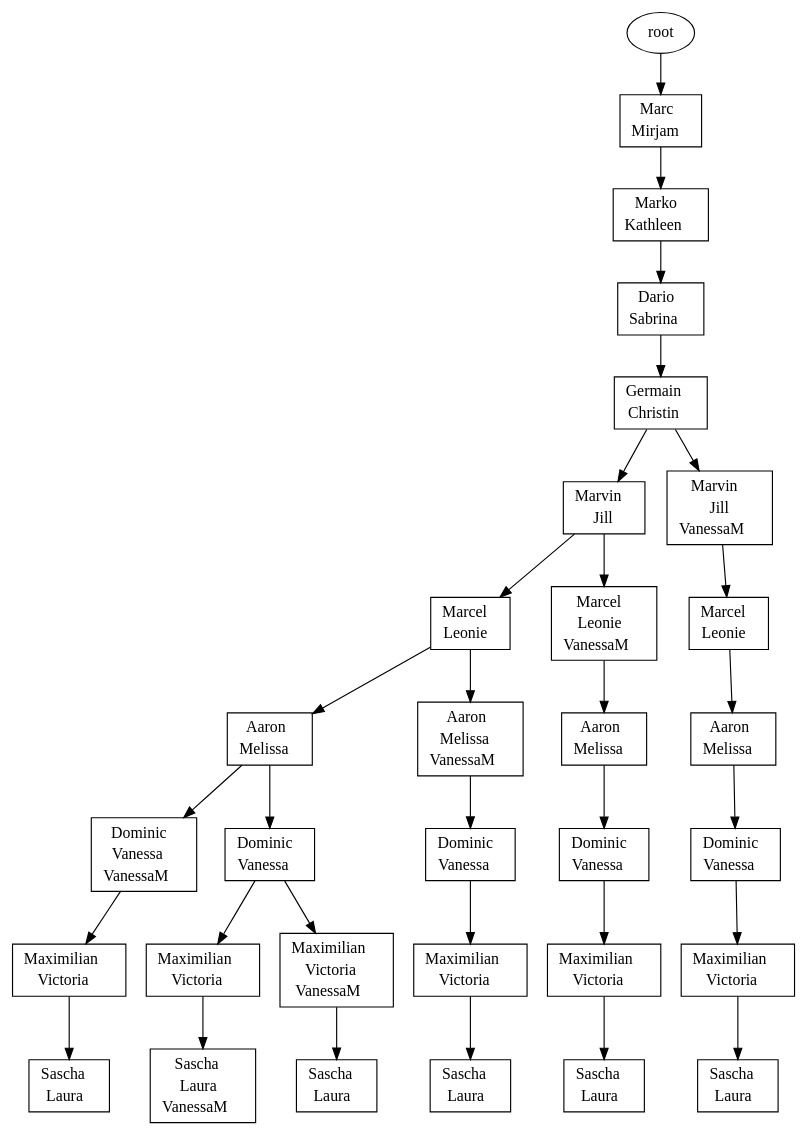
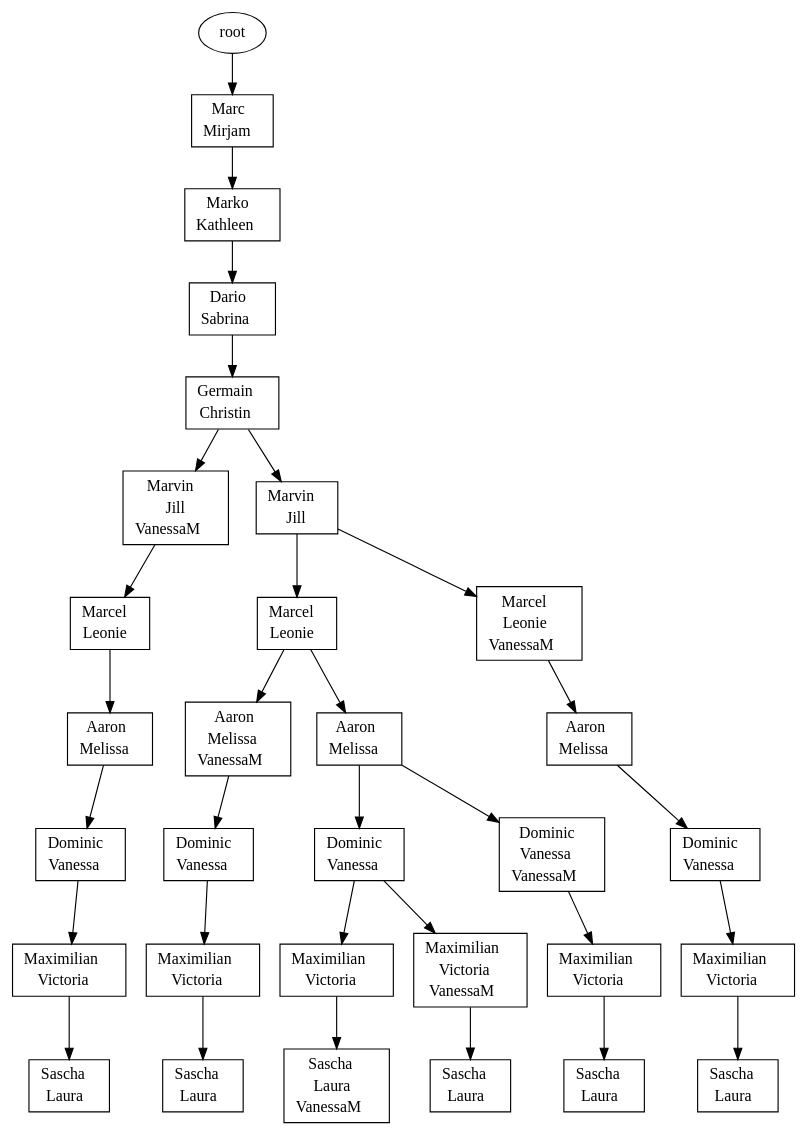
Before and after one commit to atticus-sullivan/sim-ayto: the diagram in s02/s02.dot, drawn with Graphviz. The commit also changed other lines of this file and 13 other files, not shown here.

```diff
--- a/s02/s02.dot
+++ b/s02/s02.dot
@@ -1,62 +1,62 @@
 digraph D {
-{"root|5|7|7|3|2|8|4|1|8|2|6|5|1|6|3|9,11"[shape="record" label=<<table border="0" cellborder="0" cellspacing="0"><tr><td>Dominic</td></tr><tr><td>Vanessa</td></tr><tr><td>VanessaM</td></tr></table>>]}
-"root|5|7|7|3|2|8|4|1|8|2|6|5|1|6" -> {"root|5|7|7|3|2|8|4|1|8|2|6|5|1|6|3|9,11"}
-{"root|5|7|7|3|2|8|4|1|8|2|6|5"[shape="record" label=<<table border="0" cellborder="0" cellspacing="0"><tr><td>Marcel</td></tr><tr><td>Leonie</td></tr></table>>]}
-"root|5|7|7|3|2|8|4|1|8|2" -> {"root|5|7|7|3|2|8|4|1|8|2|6|5"}
-{"root|5|7|7|3|2|8|4|1"[shape="record" label=<<table border="0" cellborder="0" cellspacing="0"><tr><td>Germain</td></tr><tr><td>Christin</td></tr></table>>]}
-"root|5|7|7|3|2|8" -> {"root|5|7|7|3|2|8|4|1"}
+{"root|5|7|7|3|2|8"[shape="record" label=<<table border="0" cellborder="0" cellspacing="0"><tr><td>Dario</td></tr><tr><td>Sabrina</td></tr></table>>]}
+"root|5|7|7|3" -> {"root|5|7|7|3|2|8"}
+{"root|5|7|7|3|2|8|4|1|8|2|6|5|1|6,11"[shape="record" label=<<table border="0" cellborder="0" cellspacing="0"><tr><td>Aaron</td></tr><tr><td>Melissa</td></tr><tr><td>VanessaM</td></tr></table>>]}
+"root|5|7|7|3|2|8|4|1|8|2|6|5" -> {"root|5|7|7|3|2|8|4|1|8|2|6|5|1|6,11"}
+{"root|5|7|7|3|2|8|4|1|8|2,11"[shape="record" label=<<table border="0" cellborder="0" cellspacing="0"><tr><td>Marvin</td></tr><tr><td>Jill</td></tr><tr><td>VanessaM</td></tr></table>>]}
+"root|5|7|7|3|2|8|4|1" -> {"root|5|7|7|3|2|8|4|1|8|2,11"}
+{"root|5|7|7|3"[shape="record" label=<<table border="0" cellborder="0" cellspacing="0"><tr><td>Marko</td></tr><tr><td>Kathleen</td></tr></table>>]}
+"root|5|7" -> {"root|5|7|7|3"}
+{"root|5|7|7|3|2|8|4|1|8|2|6|5,11|1|6|3|9"[shape="record" label=<<table border="0" cellborder="0" cellspacing="0"><tr><td>Dominic</td></tr><tr><td>Vanessa</td></tr></table>>]}
+"root|5|7|7|3|2|8|4|1|8|2|6|5,11|1|6" -> {"root|5|7|7|3|2|8|4|1|8|2|6|5,11|1|6|3|9"}
+{"root|5|7|7|3|2|8|4|1|8|2,11|6|5|1|6|3|9"[shape="record" label=<<table border="0" cellborder="0" cellspacing="0"><tr><td>Dominic</td></tr><tr><td>Vanessa</td></tr></table>>]}
+"root|5|7|7|3|2|8|4|1|8|2,11|6|5|1|6" -> {"root|5|7|7|3|2|8|4|1|8|2,11|6|5|1|6|3|9"}
 {"root|5|7|7|3|2|8|4|1|8|2|6|5|1|6|3|9|9|10|10|4,11"[shape="record" label=<<table border="0" cellborder="0" cellspacing="0"><tr><td>Sascha</td></tr><tr><td>Laura</td></tr><tr><td>VanessaM</td></tr></table>>]}
 "root|5|7|7|3|2|8|4|1|8|2|6|5|1|6|3|9|9|10" -> {"root|5|7|7|3|2|8|4|1|8|2|6|5|1|6|3|9|9|10|10|4,11"}
-{"root|5|7|7|3|2|8|4|1|8|2|6|5|1|6|3|9|9|10"[shape="record" label=<<table border="0" cellborder="0" cellspacing="0"><tr><td>Maximilian</td></tr><tr><td>Victoria</td></tr></table>>]}
-"root|5|7|7|3|2|8|4|1|8|2|6|5|1|6|3|9" -> {"root|5|7|7|3|2|8|4|1|8|2|6|5|1|6|3|9|9|10"}
+{"root|5|7"[shape="record" label=<<table border="0" cellborder="0" cellspacing="0"><tr><td>Marc</td></tr><tr><td>Mirjam</td></tr></table>>]}
+"root" -> {"root|5|7"}
+{"root|5|7|7|3|2|8|4|1|8|2,11|6|5|1|6|3|9|9|10|10|4"[shape="record" label=<<table border="0" cellborder="0" cellspacing="0"><tr><td>Sascha</td></tr><tr><td>Laura</td></tr></table>>]}
+"root|5|7|7|3|2|8|4|1|8|2,11|6|5|1|6|3|9|9|10" -> {"root|5|7|7|3|2|8|4|1|8|2,11|6|5|1|6|3|9|9|10|10|4"}
+{"root|5|7|7|3|2|8|4|1|8|2,11|6|5"[shape="record" label=<<table border="0" cellborder="0" cellspacing="0"><tr><td>Marcel</td></tr><tr><td>Leonie</td></tr></table>>]}
+"root|5|7|7|3|2|8|4|1|8|2,11" -> {"root|5|7|7|3|2|8|4|1|8|2,11|6|5"}
+{"root|5|7|7|3|2|8|4|1|8|2|6|5|1|6|3|9|9|10,11|10|4"[shape="record" label=<<table border="0" cellborder="0" cellspacing="0"><tr><td>Sascha</td></tr><tr><td>Laura</td></tr></table>>]}
+"root|5|7|7|3|2|8|4|1|8|2|6|5|1|6|3|9|9|10,11" -> {"root|5|7|7|3|2|8|4|1|8|2|6|5|1|6|3|9|9|10,11|10|4"}
 {"root|5|7|7|3|2|8|4|1|8|2"[shape="record" label=<<table border="0" cellborder="0" cellspacing="0"><tr><td>Marvin</td></tr><tr><td>Jill</td></tr></table>>]}
 "root|5|7|7|3|2|8|4|1" -> {"root|5|7|7|3|2|8|4|1|8|2"}
 {"root|5|7|7|3|2|8|4|1|8|2|6|5,11"[shape="record" label=<<table border="0" cellborder="0" cellspacing="0"><tr><td>Marcel</td></tr><tr><td>Leonie</td></tr><tr><td>VanessaM</td></tr></table>>]}
 "root|5|7|7|3|2|8|4|1|8|2" -> {"root|5|7|7|3|2|8|4|1|8|2|6|5,11"}
+{"root|5|7|7|3|2|8|4|1"[shape="record" label=<<table border="0" cellborder="0" cellspacing="0"><tr><td>Germain</td></tr><tr><td>Christin</td></tr></table>>]}
+"root|5|7|7|3|2|8" -> {"root|5|7|7|3|2|8|4|1"}
+{"root|5|7|7|3|2|8|4|1|8|2|6|5|1|6|3|9|9|10,11"[shape="record" label=<<table border="0" cellborder="0" cellspacing="0"><tr><td>Maximilian</td></tr><tr><td>Victoria</td></tr><tr><td>VanessaM</td></tr></table>>]}
+"root|5|7|7|3|2|8|4|1|8|2|6|5|1|6|3|9" -> {"root|5|7|7|3|2|8|4|1|8|2|6|5|1|6|3|9|9|10,11"}
+{"root|5|7|7|3|2|8|4|1|8|2|6|5|1|6,11|3|9|9|10"[shape="record" label=<<table border="0" cellborder="0" cellspacing="0"><tr><td>Maximilian</td></tr><tr><td>Victoria</td></tr></table>>]}
+"root|5|7|7|3|2|8|4|1|8|2|6|5|1|6,11|3|9" -> {"root|5|7|7|3|2|8|4|1|8|2|6|5|1|6,11|3|9|9|10"}
+{"root|5|7|7|3|2|8|4|1|8|2|6|5|1|6|3|9,11|9|10"[shape="record" label=<<table border="0" cellborder="0" cellspacing="0"><tr><td>Maximilian</td></tr><tr><td>Victoria</td></tr></table>>]}
+"root|5|7|7|3|2|8|4|1|8|2|6|5|1|6|3|9,11" -> {"root|5|7|7|3|2|8|4|1|8|2|6|5|1|6|3|9,11|9|10"}
+{"root|5|7|7|3|2|8|4|1|8|2|6|5|1|6|3|9"[shape="record" label=<<table border="0" cellborder="0" cellspacing="0"><tr><td>Dominic</td></tr><tr><td>Vanessa</td></tr></table>>]}
+"root|5|7|7|3|2|8|4|1|8|2|6|5|1|6" -> {"root|5|7|7|3|2|8|4|1|8|2|6|5|1|6|3|9"}
+{"root|5|7|7|3|2|8|4|1|8|2|6|5|1|6,11|3|9"[shape="record" label=<<table border="0" cellborder="0" cellspacing="0"><tr><td>Dominic</td></tr><tr><td>Vanessa</td></tr></table>>]}
+"root|5|7|7|3|2|8|4|1|8|2|6|5|1|6,11" -> {"root|5|7|7|3|2|8|4|1|8|2|6|5|1|6,11|3|9"}
+{"root|5|7|7|3|2|8|4|1|8|2|6|5|1|6|3|9|9|10"[shape="record" label=<<table border="0" cellborder="0" cellspacing="0"><tr><td>Maximilian</td></tr><tr><td>Victoria</td></tr></table>>]}
+"root|5|7|7|3|2|8|4|1|8|2|6|5|1|6|3|9" -> {"root|5|7|7|3|2|8|4|1|8|2|6|5|1|6|3|9|9|10"}
+{"root|5|7|7|3|2|8|4|1|8|2,11|6|5|1|6|3|9|9|10"[shape="record" label=<<table border="0" cellborder="0" cellspacing="0"><tr><td>Maximilian</td></tr><tr><td>Victoria</td></tr></table>>]}
+"root|5|7|7|3|2|8|4|1|8|2,11|6|5|1|6|3|9" -> {"root|5|7|7|3|2|8|4|1|8|2,11|6|5|1|6|3|9|9|10"}
+{"root|5|7|7|3|2|8|4|1|8|2,11|6|5|1|6"[shape="record" label=<<table border="0" cellborder="0" cellspacing="0"><tr><td>Aaron</td></tr><tr><td>Melissa</td></tr></table>>]}
+"root|5|7|7|3|2|8|4|1|8|2,11|6|5" -> {"root|5|7|7|3|2|8|4|1|8|2,11|6|5|1|6"}
 {"root|5|7|7|3|2|8|4|1|8|2|6|5|1|6"[shape="record" label=<<table border="0" cellborder="0" cellspacing="0"><tr><td>Aaron</td></tr><tr><td>Melissa</td></tr></table>>]}
 "root|5|7|7|3|2|8|4|1|8|2|6|5" -> {"root|5|7|7|3|2|8|4|1|8|2|6|5|1|6"}
-{"root|5|7|7|3|2|8|4|1|8|2,11|6|5|1|6|3|9"[shape="record" label=<<table border="0" cellborder="0" cellspacing="0"><tr><td>Dominic</td></tr><tr><td>Vanessa</td></tr></table>>]}
-"root|5|7|7|3|2|8|4|1|8|2,11|6|5|1|6" -> {"root|5|7|7|3|2|8|4|1|8|2,11|6|5|1|6|3|9"}
-{"root|5|7|7|3|2|8|4|1|8|2|6|5|1|6|3|9"[shape="record" label=<<table border="0" cellborder="0" cellspacing="0"><tr><td>Dominic</td></tr><tr><td>Vanessa</td></tr></table>>]}
-"root|5|7|7|3|2|8|4|1|8|2|6|5|1|6" -> {"root|5|7|7|3|2|8|4|1|8|2|6|5|1|6|3|9"}
-{"root|5|7|7|3|2|8|4|1|8|2,11|6|5|1|6|3|9|9|10|10|4"[shape="record" label=<<table border="0" cellborder="0" cellspacing="0"><tr><td>Sascha</td></tr><tr><td>Laura</td></tr></table>>]}
-"root|5|7|7|3|2|8|4|1|8|2,11|6|5|1|6|3|9|9|10" -> {"root|5|7|7|3|2|8|4|1|8|2,11|6|5|1|6|3|9|9|10|10|4"}
+{"root|5|7|7|3|2|8|4|1|8|2|6|5|1|6|3|9,11"[shape="record" label=<<table border="0" cellborder="0" cellspacing="0"><tr><td>Dominic</td></tr><tr><td>Vanessa</td></tr><tr><td>VanessaM</td></tr></table>>]}
+"root|5|7|7|3|2|8|4|1|8|2|6|5|1|6" -> {"root|5|7|7|3|2|8|4|1|8|2|6|5|1|6|3|9,11"}
+{"root|5|7|7|3|2|8|4|1|8|2|6|5,11|1|6|3|9|9|10"[shape="record" label=<<table border="0" cellborder="0" cellspacing="0"><tr><td>Maximilian</td></tr><tr><td>Victoria</td></tr></table>>]}
+"root|5|7|7|3|2|8|4|1|8|2|6|5,11|1|6|3|9" -> {"root|5|7|7|3|2|8|4|1|8|2|6|5,11|1|6|3|9|9|10"}
+{"root|5|7|7|3|2|8|4|1|8|2|6|5,11|1|6"[shape="record" label=<<table border="0" cellborder="0" cellspacing="0"><tr><td>Aaron</td></tr><tr><td>Melissa</td></tr></table>>]}
+"root|5|7|7|3|2|8|4|1|8|2|6|5,11" -> {"root|5|7|7|3|2|8|4|1|8|2|6|5,11|1|6"}
 {"root|5|7|7|3|2|8|4|1|8|2|6|5|1|6,11|3|9|9|10|10|4"[shape="record" label=<<table border="0" cellborder="0" cellspacing="0"><tr><td>Sascha</td></tr><tr><td>Laura</td></tr></table>>]}
 "root|5|7|7|3|2|8|4|1|8|2|6|5|1|6,11|3|9|9|10" -> {"root|5|7|7|3|2|8|4|1|8|2|6|5|1|6,11|3|9|9|10|10|4"}
-{"root|5|7|7|3|2|8|4|1|8|2,11"[shape="record" label=<<table border="0" cellborder="0" cellspacing="0"><tr><td>Marvin</td></tr><tr><td>Jill</td></tr><tr><td>VanessaM</td></tr></table>>]}
-"root|5|7|7|3|2|8|4|1" -> {"root|5|7|7|3|2|8|4|1|8|2,11"}
-{"root|5|7|7|3"[shape="record" label=<<table border="0" cellborder="0" cellspacing="0"><tr><td>Marko</td></tr><tr><td>Kathleen</td></tr></table>>]}
-"root|5|7" -> {"root|5|7|7|3"}
-{"root|5|7|7|3|2|8|4|1|8|2|6|5|1|6|3|9|9|10,11|10|4"[shape="record" label=<<table border="0" cellborder="0" cellspacing="0"><tr><td>Sascha</td></tr><tr><td>Laura</td></tr></table>>]}
-"root|5|7|7|3|2|8|4|1|8|2|6|5|1|6|3|9|9|10,11" -> {"root|5|7|7|3|2|8|4|1|8|2|6|5|1|6|3|9|9|10,11|10|4"}
-{"root|5|7|7|3|2|8|4|1|8|2|6|5|1|6|3|9|9|10,11"[shape="record" label=<<table border="0" cellborder="0" cellspacing="0"><tr><td>Maximilian</td></tr><tr><td>Victoria</td></tr><tr><td>VanessaM</td></tr></table>>]}
-"root|5|7|7|3|2|8|4|1|8|2|6|5|1|6|3|9" -> {"root|5|7|7|3|2|8|4|1|8|2|6|5|1|6|3|9|9|10,11"}
 {"root|5|7|7|3|2|8|4|1|8|2|6|5,11|1|6|3|9|9|10|10|4"[shape="record" label=<<table border="0" cellborder="0" cellspacing="0"><tr><td>Sascha</td></tr><tr><td>Laura</td></tr></table>>]}
 "root|5|7|7|3|2|8|4|1|8|2|6|5,11|1|6|3|9|9|10" -> {"root|5|7|7|3|2|8|4|1|8|2|6|5,11|1|6|3|9|9|10|10|4"}
-{"root|5|7|7|3|2|8|4|1|8|2,11|6|5|1|6"[shape="record" label=<<table border="0" cellborder="0" cellspacing="0"><tr><td>Aaron</td></tr><tr><td>Melissa</td></tr></table>>]}
-"root|5|7|7|3|2|8|4|1|8|2,11|6|5" -> {"root|5|7|7|3|2|8|4|1|8|2,11|6|5|1|6"}
-{"root|5|7|7|3|2|8|4|1|8|2|6|5|1|6|3|9,11|9|10"[shape="record" label=<<table border="0" cellborder="0" cellspacing="0"><tr><td>Maximilian</td></tr><tr><td>Victoria</td></tr></table>>]}
-"root|5|7|7|3|2|8|4|1|8|2|6|5|1|6|3|9,11" -> {"root|5|7|7|3|2|8|4|1|8|2|6|5|1|6|3|9,11|9|10"}
-{"root|5|7|7|3|2|8|4|1|8|2,11|6|5"[shape="record" label=<<table border="0" cellborder="0" cellspacing="0"><tr><td>Marcel</td></tr><tr><td>Leonie</td></tr></table>>]}
-"root|5|7|7|3|2|8|4|1|8|2,11" -> {"root|5|7|7|3|2|8|4|1|8|2,11|6|5"}
-{"root|5|7|7|3|2|8|4|1|8|2|6|5|1|6,11|3|9"[shape="record" label=<<table border="0" cellborder="0" cellspacing="0"><tr><td>Dominic</td></tr><tr><td>Vanessa</td></tr></table>>]}
-"root|5|7|7|3|2|8|4|1|8|2|6|5|1|6,11" -> {"root|5|7|7|3|2|8|4|1|8|2|6|5|1|6,11|3|9"}
-{"root|5|7|7|3|2|8|4|1|8|2|6|5,11|1|6|3|9"[shape="record" label=<<table border="0" cellborder="0" cellspacing="0"><tr><td>Dominic</td></tr><tr><td>Vanessa</td></tr></table>>]}
-"root|5|7|7|3|2|8|4|1|8|2|6|5,11|1|6" -> {"root|5|7|7|3|2|8|4|1|8|2|6|5,11|1|6|3|9"}
-{"root|5|7|7|3|2|8|4|1|8|2|6|5,11|1|6|3|9|9|10"[shape="record" label=<<table border="0" cellborder="0" cellspacing="0"><tr><td>Maximilian</td></tr><tr><td>Victoria</td></tr></table>>]}
-"root|5|7|7|3|2|8|4|1|8|2|6|5,11|1|6|3|9" -> {"root|5|7|7|3|2|8|4|1|8|2|6|5,11|1|6|3|9|9|10"}
-{"root|5|7|7|3|2|8|4|1|8|2,11|6|5|1|6|3|9|9|10"[shape="record" label=<<table border="0" cellborder="0" cellspacing="0"><tr><td>Maximilian</td></tr><tr><td>Victoria</td></tr></table>>]}
-"root|5|7|7|3|2|8|4|1|8|2,11|6|5|1|6|3|9" -> {"root|5|7|7|3|2|8|4|1|8|2,11|6|5|1|6|3|9|9|10"}
+{"root|5|7|7|3|2|8|4|1|8|2|6|5"[shape="record" label=<<table border="0" cellborder="0" cellspacing="0"><tr><td>Marcel</td></tr><tr><td>Leonie</td></tr></table>>]}
+"root|5|7|7|3|2|8|4|1|8|2" -> {"root|5|7|7|3|2|8|4|1|8|2|6|5"}
 {"root|5|7|7|3|2|8|4|1|8|2|6|5|1|6|3|9,11|9|10|10|4"[shape="record" label=<<table border="0" cellborder="0" cellspacing="0"><tr><td>Sascha</td></tr><tr><td>Laura</td></tr></table>>]}
 "root|5|7|7|3|2|8|4|1|8|2|6|5|1|6|3|9,11|9|10" -> {"root|5|7|7|3|2|8|4|1|8|2|6|5|1|6|3|9,11|9|10|10|4"}
-{"root|5|7"[shape="record" label=<<table border="0" cellborder="0" cellspacing="0"><tr><td>Marc</td></tr><tr><td>Mirjam</td></tr></table>>]}
-"root" -> {"root|5|7"}
-{"root|5|7|7|3|2|8|4|1|8|2|6|5|1|6,11"[shape="record" label=<<table border="0" cellborder="0" cellspacing="0"><tr><td>Aaron</td></tr><tr><td>Melissa</td></tr><tr><td>VanessaM</td></tr></table>>]}
-"root|5|7|7|3|2|8|4|1|8|2|6|5" -> {"root|5|7|7|3|2|8|4|1|8|2|6|5|1|6,11"}
-{"root|5|7|7|3|2|8"[shape="record" label=<<table border="0" cellborder="0" cellspacing="0"><tr><td>Dario</td></tr><tr><td>Sabrina</td></tr></table>>]}
-"root|5|7|7|3" -> {"root|5|7|7|3|2|8"}
-{"root|5|7|7|3|2|8|4|1|8|2|6|5|1|6,11|3|9|9|10"[shape="record" label=<<table border="0" cellborder="0" cellspacing="0"><tr><td>Maximilian</td></tr><tr><td>Victoria</td></tr></table>>]}
-"root|5|7|7|3|2|8|4|1|8|2|6|5|1|6,11|3|9" -> {"root|5|7|7|3|2|8|4|1|8|2|6|5|1|6,11|3|9|9|10"}
-{"root|5|7|7|3|2|8|4|1|8|2|6|5,11|1|6"[shape="record" label=<<table border="0" cellborder="0" cellspacing="0"><tr><td>Aaron</td></tr><tr><td>Melissa</td></tr></table>>]}
-"root|5|7|7|3|2|8|4|1|8|2|6|5,11" -> {"root|5|7|7|3|2|8|4|1|8|2|6|5,11|1|6"}
 }
```
